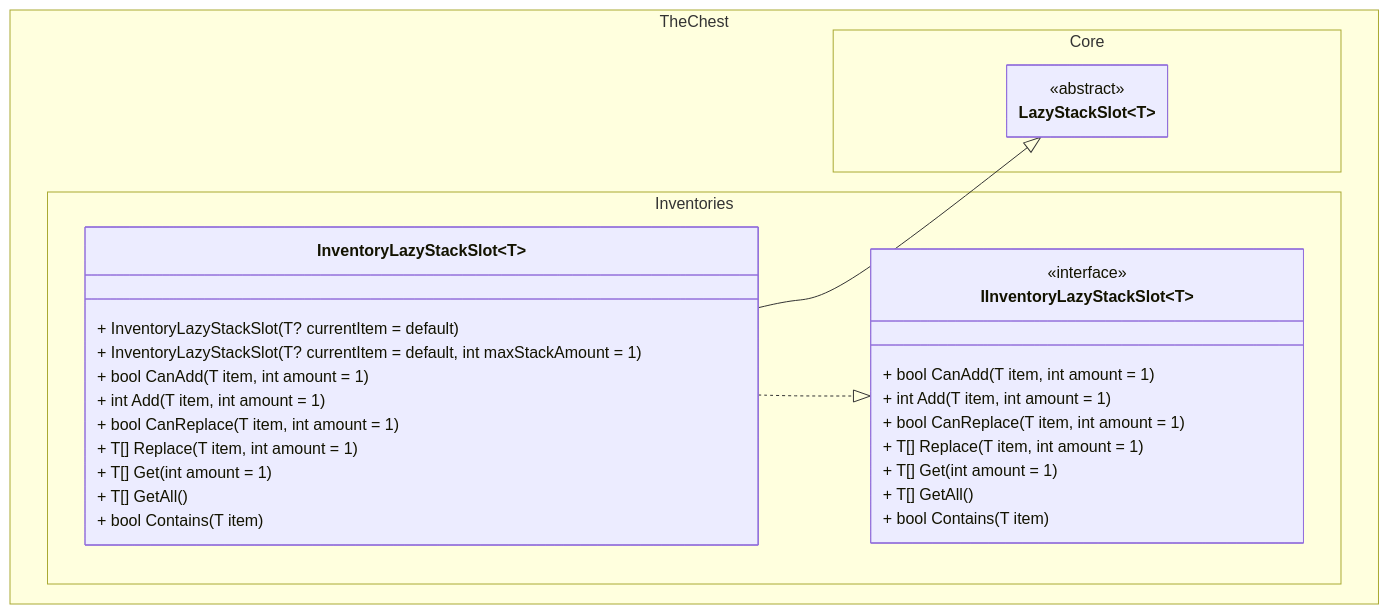
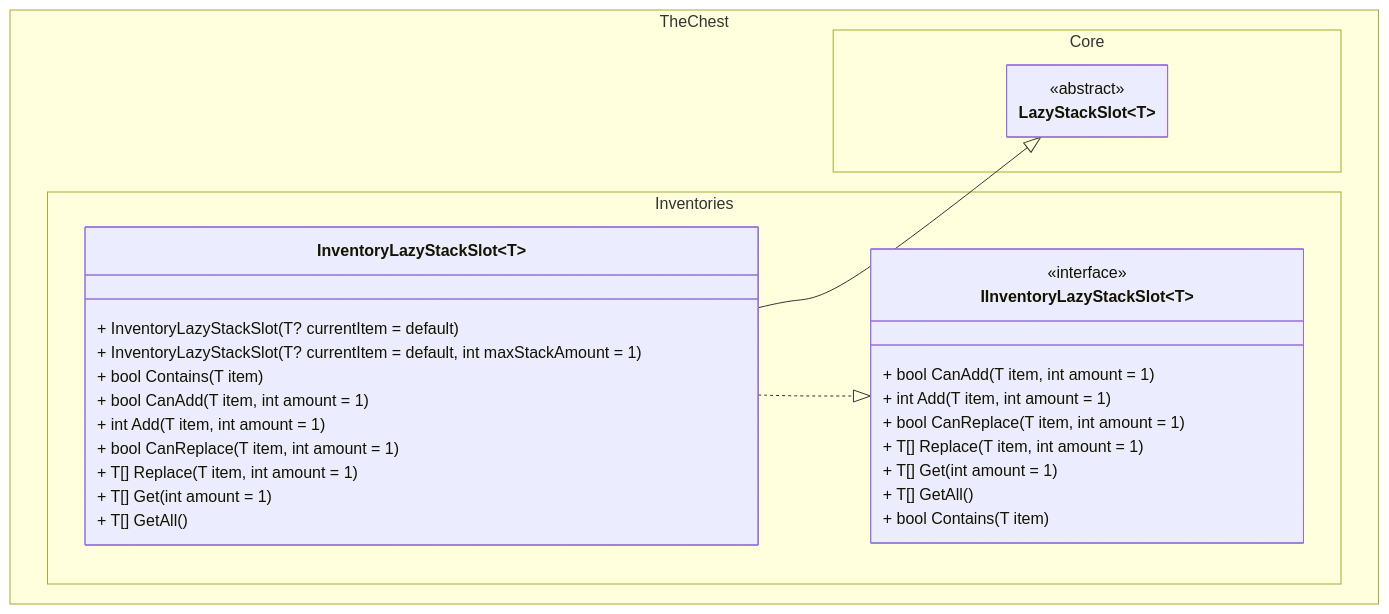
The second of 2 diagrams in docs/lazy_stack_inventory/class_diagram.md (The-Chest/TheChest.Inventories), drawn with Mermaid before and after one commit. The commit also changed other lines of this file and 10 other files, not shown here.

````diff
--- a/docs/lazy_stack_inventory/class_diagram.md
+++ b/docs/lazy_stack_inventory/class_diagram.md
@@ -101,43 +115,47 @@
 ```mermaid
 ---
 config:
   theme: mc
   look: classic
   class:
     hideEmptyMembersBox: true
 ---
 classDiagram
 direction TB
 
 namespace TheChest.Core {
     class LazyStackSlot~T~ {
     }
 }
 <<abstract>> LazyStackSlot
 
 namespace TheChest.Inventories {
     class IInventoryLazyStackSlot~T~ {
         + bool CanAdd(T item, int amount = 1)
         + int Add(T item, int amount = 1)
         + bool CanReplace(T item, int amount = 1)
         + T[] Replace(T item, int amount = 1)
         + T[] Get(int amount = 1)
         + T[] GetAll()
         + bool Contains(T item)
     }
     class InventoryLazyStackSlot~T~ {
         + InventoryLazyStackSlot(T? currentItem = default)
         + InventoryLazyStackSlot(T? currentItem = default, int maxStackAmount = 1)
+        
+        + bool Contains(T item)
+        
         + bool CanAdd(T item, int amount = 1)
         + int Add(T item, int amount = 1)
+        
         + bool CanReplace(T item, int amount = 1)
         + T[] Replace(T item, int amount = 1)
+        
         + T[] Get(int amount = 1)
         + T[] GetAll()
-        + bool Contains(T item)
     }
 }
 <<interface>> IInventoryLazyStackSlot
 InventoryLazyStackSlot~T~ --|> LazyStackSlot~T~
 InventoryLazyStackSlot~T~ ..|> IInventoryLazyStackSlot~T~
 ```
````
